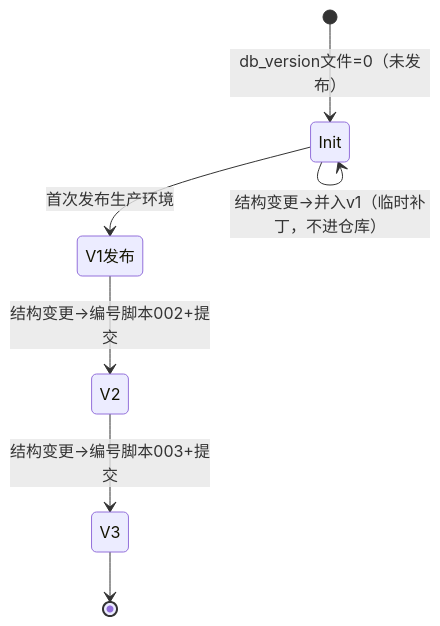
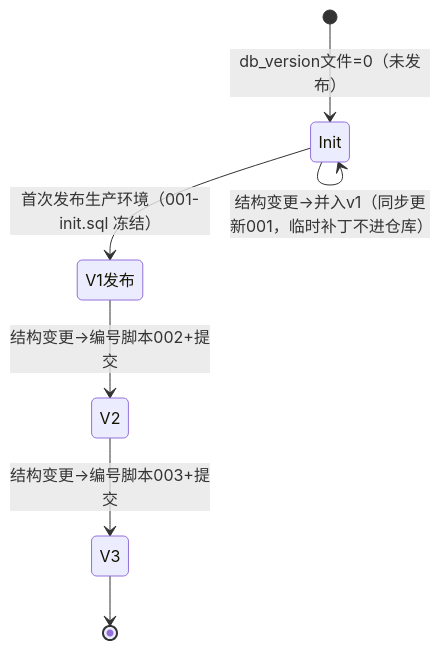
The second of 4 diagrams in impl/app/flutter/docs/database-schema.md (kindywu/contexta), drawn with Mermaid before and after one commit. The commit also changed other lines of this file and 4 other files, not shown here.

First line of the commit message:
feat: 数据库版本链条 001-init.sql（0→1 init）+ migrate_db.sh 版本 0 语义

````diff
--- a/impl/app/flutter/docs/database-schema.md
+++ b/impl/app/flutter/docs/database-schema.md
@@ -83,9 +83,9 @@
 ```mermaid
 stateDiagram-v2
     [*] --> Init: db_version文件=0（未发布）
-    Init --> Init: 结构变更→并入v1（临时补丁，不进仓库）
-    Init --> V1发布: 首次发布生产环境
+    Init --> Init: 结构变更→并入v1（同步更新001，临时补丁不进仓库）
+    Init --> V1发布: 首次发布生产环境（001-init.sql 冻结）
     V1发布 --> V2: 结构变更→编号脚本002+提交
     V2 --> V3: 结构变更→编号脚本003+提交
     V3 --> [*]
 ```
````
